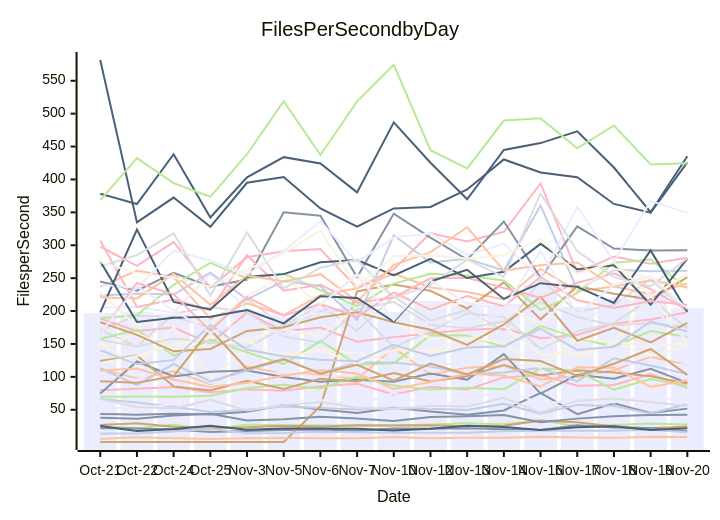
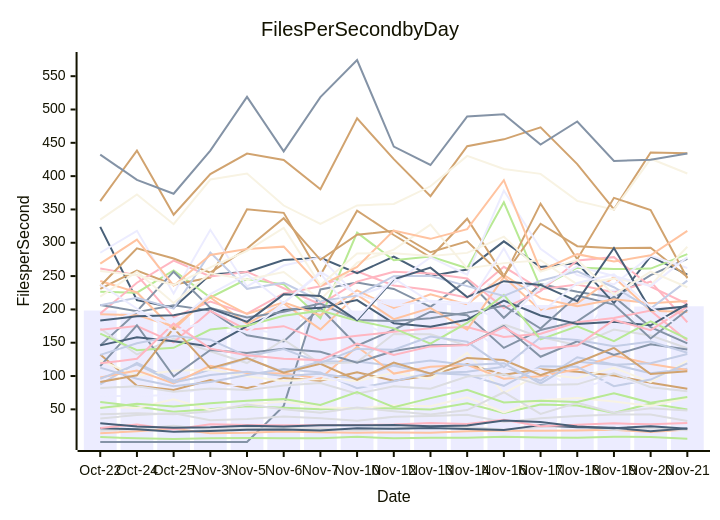
The diagram in perf-report.md (streetsidesoftware/cspell), drawn with Mermaid before and after one commit. The commit also changed other lines of this file and 2 other files, not shown here.

````diff
--- a/perf-report.md
+++ b/perf-report.md
@@ -11,57 +11,57 @@
 ```mermaid
 xychart-beta
     title Files Per Second by Day
     y-axis Files per Second
-    x-axis Date [Oct-21, Oct-22, Oct-24, Oct-25, Nov-3, Nov-5, Nov-6, Nov-7, Nov-10, Nov-12, Nov-13, Nov-14, Nov-16, Nov-17, Nov-18, Nov-19, Nov-20]
-    bar [196.79, 198.31, 195.08, 188.50, 197.53, 191.30, 204.37, 213.67, 198.26, 215.23, 208.25, 210.82, 238.97, 206.65, 217.84, 229.81, 204.28]
-    line [43.54, 42.59, 43.99, 42.66, 46.86, 57.12, 50.26, 44.96, 52.89, 47.17, 42.40, 48.87, 75.68, 43.23, 59.94, 45.01, 51.72]
-    line [112.31, 97.68, 108.35, 88.82, 115.43, 104.61, 103.62, 96.31, 144.08, 103.66, 113.77, 116.66, 96.10, 99.72, 110.04, 130.67, 118.22]
-    line [171.10, 192.78, 191.37, 174.29, 217.96, 178.42, 209.10, 170.02, 221.91, 185.33, 201.98, 169.69, 248.53, 198.86, 209.17, 248.49, 197.83]
-    line [25.33, 21.92, 27.33, 19.75, 27.62, 26.37, 26.13, 26.22, 26.38, 27.41, 29.67, 28.01, 34.46, 24.62, 26.88, 29.05, 27.58]
-    line [26.96, 29.32, 24.14, 22.37, 23.30, 25.53, 24.38, 26.29, 26.08, 26.42, 24.81, 25.86, 33.28, 31.19, 24.38, 21.77, 24.56]
-    line [66.25, 61.14, 54.40, 46.46, 50.11, 54.79, 52.56, 50.32, 52.20, 51.35, 49.71, 59.15, 44.39, 57.39, 55.71, 44.49, 58.88]
-    line [188.53, 169.56, 175.04, 150.51, 197.71, 169.15, 174.81, 153.55, 160.37, 166.32, 171.57, 173.57, 158.65, 163.60, 180.83, 187.20, 198.17]
-    line [378.31, 362.57, 438.35, 342.13, 403.12, 433.88, 424.28, 380.40, 486.76, 425.45, 369.94, 444.86, 455.23, 473.19, 418.11, 350.16, 435.36]
-    line [152.34, 114.90, 176.25, 99.39, 139.03, 134.52, 140.79, 136.42, 120.17, 137.59, 146.37, 146.54, 175.32, 128.97, 152.20, 131.62, 147.72]
-    line [99.95, 95.97, 117.43, 90.38, 101.68, 106.46, 99.98, 103.28, 96.07, 116.03, 123.18, 116.39, 119.25, 88.82, 121.42, 116.77, 119.13]
-    line [22.03, 21.51, 20.05, 16.33, 17.58, 19.22, 19.85, 18.09, 21.66, 21.06, 21.89, 20.40, 19.08, 26.32, 22.99, 22.31, 17.30]
-    line [236.87, 261.40, 251.33, 188.47, 211.71, 193.66, 223.97, 234.72, 257.12, 235.87, 229.04, 217.57, 263.96, 230.17, 237.48, 225.46, 241.65]
-    line [171.90, 145.85, 195.93, 206.22, 198.17, 161.08, 151.81, 202.09, 145.44, 169.46, 196.60, 191.20, 142.18, 169.19, 181.94, 218.95, 173.37]
-    line [158.05, 171.36, 132.38, 156.15, 137.28, 119.47, 154.44, 118.56, 120.82, 163.18, 162.73, 145.60, 177.40, 158.43, 146.21, 169.65, 160.77]
-    line [1.00, 1.00, 1.00, 1.00, 1.00, 1.00, 55.24, 229.88, 240.51, 230.78, 203.89, 243.63, 187.42, 237.86, 226.45, 217.28, 251.44]
-    line [13.85, 14.03, 17.10, 21.05, 14.31, 14.75, 16.57, 15.81, 15.06, 15.24, 15.00, 17.22, 18.21, 17.91, 18.25, 19.44, 15.85]
-    line [79.60, 82.04, 84.51, 76.34, 81.22, 78.86, 85.82, 89.51, 73.32, 84.82, 80.81, 99.19, 102.74, 86.40, 87.53, 104.19, 83.22]
-    line [25.32, 17.74, 20.58, 25.51, 19.46, 21.60, 21.45, 21.30, 18.35, 21.09, 25.51, 23.62, 19.35, 23.58, 25.01, 19.06, 21.71]
-    line [141.81, 166.38, 141.94, 145.19, 156.42, 171.45, 162.38, 206.93, 182.01, 158.84, 156.97, 177.01, 134.15, 134.60, 150.67, 224.37, 150.96]
-    line [53.54, 51.87, 58.31, 54.40, 59.05, 63.00, 65.34, 56.44, 75.90, 53.22, 66.88, 79.34, 60.36, 62.89, 61.13, 74.10, 59.99]
-    line [74.73, 123.30, 100.60, 107.93, 109.66, 99.65, 92.58, 95.73, 92.52, 104.99, 95.65, 134.65, 74.54, 103.19, 97.14, 112.35, 90.90]
-    line [5.55, 8.36, 6.66, 5.63, 6.55, 6.95, 6.80, 6.70, 8.74, 6.68, 7.36, 7.28, 8.89, 7.86, 7.37, 8.95, 8.51]
-    line [156.27, 146.04, 158.31, 152.20, 144.51, 175.00, 199.16, 202.30, 213.91, 179.15, 174.06, 184.56, 213.36, 190.95, 178.24, 181.48, 176.13]
-    line [69.61, 70.25, 69.88, 71.42, 83.10, 87.87, 82.40, 100.31, 86.94, 80.60, 83.49, 81.08, 112.95, 109.00, 80.57, 96.66, 86.29]
-    line [123.93, 132.34, 85.53, 79.17, 93.87, 81.75, 97.21, 92.97, 105.80, 92.86, 100.80, 118.00, 101.99, 110.02, 106.56, 100.86, 89.90]
-    line [113.06, 87.44, 119.66, 93.04, 109.58, 126.12, 106.10, 121.67, 121.71, 115.58, 104.23, 106.50, 113.74, 93.16, 128.26, 117.29, 104.16]
-    line [297.94, 268.60, 304.78, 235.63, 281.78, 290.77, 294.19, 235.16, 263.73, 318.29, 305.89, 320.49, 393.89, 258.23, 282.90, 271.83, 281.13]
-    line [581.53, 334.74, 372.46, 327.93, 394.96, 403.82, 355.89, 328.31, 356.02, 358.21, 384.78, 430.42, 410.61, 403.44, 362.79, 349.62, 425.99]
-    line [121.08, 131.79, 149.18, 160.21, 154.52, 129.77, 140.65, 119.71, 140.68, 139.42, 159.42, 151.36, 113.27, 158.34, 153.96, 144.89, 151.69]
-    line [204.92, 206.57, 197.43, 256.60, 202.25, 187.81, 196.52, 208.74, 184.16, 182.55, 186.64, 195.17, 205.52, 171.16, 220.75, 207.26, 156.32]
-    line [245.01, 230.93, 258.25, 236.94, 247.84, 350.22, 344.89, 251.52, 348.16, 311.63, 278.27, 336.11, 250.48, 328.56, 294.90, 291.94, 292.58]
-    line [109.59, 112.56, 95.92, 84.60, 91.01, 101.64, 110.52, 105.15, 81.62, 92.24, 104.72, 102.11, 85.32, 114.70, 113.79, 84.79, 94.70]
-    line [66.13, 54.31, 52.03, 65.25, 49.02, 56.78, 61.66, 53.00, 51.36, 56.25, 54.79, 68.17, 45.48, 63.62, 67.01, 61.66, 55.18]
-    line [189.13, 193.68, 239.98, 273.35, 249.43, 256.58, 231.73, 207.54, 241.66, 256.57, 253.87, 246.51, 201.92, 227.28, 273.31, 278.44, 234.26]
-    line [182.97, 163.77, 138.75, 142.39, 169.82, 175.50, 190.52, 198.14, 183.09, 171.50, 148.66, 179.60, 221.70, 154.91, 174.70, 152.47, 182.03]
-    line [223.48, 226.53, 225.12, 258.41, 217.89, 245.63, 237.62, 186.76, 315.24, 273.68, 279.33, 261.66, 360.61, 232.56, 262.68, 260.50, 261.27]
-    line [307.28, 206.33, 217.49, 201.10, 285.18, 230.89, 239.86, 212.69, 220.64, 249.81, 250.50, 234.95, 220.08, 243.07, 257.31, 233.28, 201.28]
-    line [197.92, 323.88, 213.93, 202.52, 252.23, 256.11, 274.23, 277.54, 254.29, 279.19, 250.20, 259.75, 302.13, 263.51, 269.60, 209.51, 279.56]
-    line [229.37, 176.10, 196.37, 177.90, 223.12, 252.36, 209.33, 256.35, 222.55, 205.03, 213.07, 209.57, 179.17, 233.46, 264.64, 250.26, 235.07]
-    line [239.93, 235.04, 291.68, 276.40, 255.29, 291.36, 336.81, 274.44, 312.01, 318.04, 285.73, 302.25, 248.86, 358.68, 275.32, 367.42, 349.18]
-    line [37.81, 36.24, 41.43, 44.03, 33.69, 35.67, 39.33, 36.78, 32.79, 39.05, 40.14, 41.86, 31.03, 36.52, 40.13, 42.13, 42.40]
-    line [220.88, 219.16, 256.62, 209.53, 254.06, 244.83, 256.05, 214.61, 270.08, 289.61, 327.30, 261.54, 269.45, 273.83, 237.58, 246.50, 236.20]
-    line [267.67, 285.04, 317.95, 223.78, 319.42, 234.42, 265.85, 278.09, 219.92, 239.43, 278.17, 251.99, 378.34, 291.11, 251.52, 237.49, 280.27]
-    line [368.45, 432.30, 394.44, 373.62, 438.31, 518.91, 437.11, 518.64, 574.29, 444.36, 416.74, 489.48, 492.83, 447.31, 482.01, 422.75, 424.60]
-    line [93.34, 91.16, 101.08, 171.93, 111.86, 126.91, 104.86, 118.31, 94.15, 120.34, 103.60, 127.14, 124.11, 101.43, 119.96, 142.34, 103.04]
-    line [140.68, 119.01, 125.81, 178.69, 141.07, 131.24, 125.88, 123.88, 148.80, 131.70, 144.48, 146.46, 173.42, 140.77, 145.68, 184.15, 168.82]
-    line [165.39, 242.72, 225.43, 169.80, 221.29, 193.06, 210.68, 191.30, 228.42, 202.21, 222.67, 207.51, 251.74, 216.50, 204.65, 215.27, 209.30]
-    line [275.35, 183.43, 189.64, 191.38, 201.59, 181.36, 222.61, 220.01, 183.65, 245.06, 262.64, 218.43, 242.38, 236.75, 212.37, 292.14, 199.00]
-    line [274.64, 257.62, 251.09, 236.85, 262.94, 287.92, 322.31, 236.45, 283.86, 284.35, 279.96, 284.82, 309.10, 256.69, 274.41, 222.36, 256.68]
-    line [165.66, 237.49, 201.27, 167.00, 183.56, 164.82, 210.07, 254.11, 186.18, 246.80, 210.80, 204.64, 291.50, 194.63, 239.67, 252.69, 203.66]
+    x-axis Date [Oct-22, Oct-24, Oct-25, Nov-3, Nov-5, Nov-6, Nov-7, Nov-10, Nov-12, Nov-13, Nov-14, Nov-16, Nov-17, Nov-18, Nov-19, Nov-20, Nov-21]
+    bar [198.31, 195.08, 188.50, 197.53, 191.30, 204.37, 213.67, 198.26, 215.23, 208.25, 210.82, 238.97, 206.65, 217.84, 229.81, 204.28, 204.72]
+    line [1.00, 1.00, 1.00, 1.00, 1.00, 55.24, 229.88, 240.51, 230.78, 203.89, 243.63, 187.42, 237.86, 226.45, 217.28, 251.44, 276.01]
+    line [14.03, 17.10, 21.05, 14.31, 14.75, 16.57, 15.81, 15.06, 15.24, 15.00, 17.22, 18.21, 17.91, 18.25, 19.44, 15.85, 19.63]
+    line [17.74, 20.58, 25.51, 19.46, 21.60, 21.45, 21.30, 18.35, 21.09, 25.51, 23.62, 19.35, 23.58, 25.01, 19.06, 21.71, 18.60]
+    line [61.14, 54.40, 46.46, 50.11, 54.79, 52.56, 50.32, 52.20, 51.35, 49.71, 59.15, 44.39, 57.39, 55.71, 44.49, 58.88, 49.62]
+    line [132.34, 85.53, 79.17, 93.87, 81.75, 97.21, 92.97, 105.80, 92.86, 100.80, 118.00, 101.99, 110.02, 106.56, 100.86, 89.90, 80.84]
+    line [87.44, 119.66, 93.04, 109.58, 126.12, 106.10, 121.67, 121.71, 115.58, 104.23, 106.50, 113.74, 93.16, 128.26, 117.29, 104.16, 110.80]
+    line [261.40, 251.33, 188.47, 211.71, 193.66, 223.97, 234.72, 257.12, 235.87, 229.04, 217.57, 263.96, 230.17, 237.48, 225.46, 241.65, 180.78]
+    line [21.51, 20.05, 16.33, 17.58, 19.22, 19.85, 18.09, 21.66, 21.06, 21.89, 20.40, 19.08, 26.32, 22.99, 22.31, 17.30, 21.45]
+    line [123.30, 100.60, 107.93, 109.66, 99.65, 92.58, 95.73, 92.52, 104.99, 95.65, 134.65, 74.54, 103.19, 97.14, 112.35, 90.90, 123.07]
+    line [166.38, 141.94, 145.19, 156.42, 171.45, 162.38, 206.93, 182.01, 158.84, 156.97, 177.01, 134.15, 134.60, 150.67, 224.37, 150.96, 174.91]
+    line [145.85, 195.93, 206.22, 198.17, 161.08, 151.81, 202.09, 145.44, 169.46, 196.60, 191.20, 142.18, 169.19, 181.94, 218.95, 173.37, 148.92]
+    line [97.68, 108.35, 88.82, 115.43, 104.61, 103.62, 96.31, 144.08, 103.66, 113.77, 116.66, 96.10, 99.72, 110.04, 130.67, 118.22, 109.21]
+    line [171.36, 132.38, 156.15, 137.28, 119.47, 154.44, 118.56, 120.82, 163.18, 162.73, 145.60, 177.40, 158.43, 146.21, 169.65, 160.77, 141.62]
+    line [8.36, 6.66, 5.63, 6.55, 6.95, 6.80, 6.70, 8.74, 6.68, 7.36, 7.28, 8.89, 7.86, 7.37, 8.95, 8.51, 5.96]
+    line [362.57, 438.35, 342.13, 403.12, 433.88, 424.28, 380.40, 486.76, 425.45, 369.94, 444.86, 455.23, 473.19, 418.11, 350.16, 435.36, 434.19]
+    line [112.56, 95.92, 84.60, 91.01, 101.64, 110.52, 105.15, 81.62, 92.24, 104.72, 102.11, 85.32, 114.70, 113.79, 84.79, 94.70, 119.03]
+    line [169.56, 175.04, 150.51, 197.71, 169.15, 174.81, 153.55, 160.37, 166.32, 171.57, 173.57, 158.65, 163.60, 180.83, 187.20, 198.17, 153.08]
+    line [323.88, 213.93, 202.52, 252.23, 256.11, 274.23, 277.54, 254.29, 279.19, 250.20, 259.75, 302.13, 263.51, 269.60, 209.51, 279.56, 252.28]
+    line [54.31, 52.03, 65.25, 49.02, 56.78, 61.66, 53.00, 51.36, 56.25, 54.79, 68.17, 45.48, 63.62, 67.01, 61.66, 55.18, 66.89]
+    line [70.25, 69.88, 71.42, 83.10, 87.87, 82.40, 100.31, 86.94, 80.60, 83.49, 81.08, 112.95, 109.00, 80.57, 96.66, 86.29, 73.57]
+    line [114.90, 176.25, 99.39, 139.03, 134.52, 140.79, 136.42, 120.17, 137.59, 146.37, 146.54, 175.32, 128.97, 152.20, 131.62, 147.72, 139.79]
+    line [192.78, 191.37, 174.29, 217.96, 178.42, 209.10, 170.02, 221.91, 185.33, 201.98, 169.69, 248.53, 198.86, 209.17, 248.49, 197.83, 196.05]
+    line [42.59, 43.99, 42.66, 46.86, 57.12, 50.26, 44.96, 52.89, 47.17, 42.40, 48.87, 75.68, 43.23, 59.94, 45.01, 51.72, 48.28]
+    line [226.53, 225.12, 258.41, 217.89, 245.63, 237.62, 186.76, 315.24, 273.68, 279.33, 261.66, 360.61, 232.56, 262.68, 260.50, 261.27, 283.01]
+    line [230.93, 258.25, 236.94, 247.84, 350.22, 344.89, 251.52, 348.16, 311.63, 278.27, 336.11, 250.48, 328.56, 294.90, 291.94, 292.58, 248.71]
+    line [95.97, 117.43, 90.38, 101.68, 106.46, 99.98, 103.28, 96.07, 116.03, 123.18, 116.39, 119.25, 88.82, 121.42, 116.77, 119.13, 133.04]
+    line [193.68, 239.98, 273.35, 249.43, 256.58, 231.73, 207.54, 241.66, 256.57, 253.87, 246.51, 201.92, 227.28, 273.31, 278.44, 234.26, 208.12]
+    line [146.04, 158.31, 152.20, 144.51, 175.00, 199.16, 202.30, 213.91, 179.15, 174.06, 184.56, 213.36, 190.95, 178.24, 181.48, 176.13, 207.99]
+    line [334.74, 372.46, 327.93, 394.96, 403.82, 355.89, 328.31, 356.02, 358.21, 384.78, 430.42, 410.61, 403.44, 362.79, 349.62, 425.99, 404.00]
+    line [285.04, 317.95, 223.78, 319.42, 234.42, 265.85, 278.09, 219.92, 239.43, 278.17, 251.99, 378.34, 291.11, 251.52, 237.49, 280.27, 262.12]
+    line [206.57, 197.43, 256.60, 202.25, 187.81, 196.52, 208.74, 184.16, 182.55, 186.64, 195.17, 205.52, 171.16, 220.75, 207.26, 156.32, 199.17]
+    line [242.72, 225.43, 169.80, 221.29, 193.06, 210.68, 191.30, 228.42, 202.21, 222.67, 207.51, 251.74, 216.50, 204.65, 215.27, 209.30, 212.61]
+    line [36.24, 41.43, 44.03, 33.69, 35.67, 39.33, 36.78, 32.79, 39.05, 40.14, 41.86, 31.03, 36.52, 40.13, 42.13, 42.40, 32.38]
+    line [163.77, 138.75, 142.39, 169.82, 175.50, 190.52, 198.14, 183.09, 171.50, 148.66, 179.60, 221.70, 154.91, 174.70, 152.47, 182.03, 155.80]
+    line [235.04, 291.68, 276.40, 255.29, 291.36, 336.81, 274.44, 312.01, 318.04, 285.73, 302.25, 248.86, 358.68, 275.32, 367.42, 349.18, 246.71]
+    line [206.33, 217.49, 201.10, 285.18, 230.89, 239.86, 212.69, 220.64, 249.81, 250.50, 234.95, 220.08, 243.07, 257.31, 233.28, 201.28, 243.15]
+    line [21.92, 27.33, 19.75, 27.62, 26.37, 26.13, 26.22, 26.38, 27.41, 29.67, 28.01, 34.46, 24.62, 26.88, 29.05, 27.58, 29.46]
+    line [29.32, 24.14, 22.37, 23.30, 25.53, 24.38, 26.29, 26.08, 26.42, 24.81, 25.86, 33.28, 31.19, 24.38, 21.77, 24.56, 20.83]
+    line [219.16, 256.62, 209.53, 254.06, 244.83, 256.05, 214.61, 270.08, 289.61, 327.30, 261.54, 269.45, 273.83, 237.58, 246.50, 236.20, 294.11]
+    line [176.10, 196.37, 177.90, 223.12, 252.36, 209.33, 256.35, 222.55, 205.03, 213.07, 209.57, 179.17, 233.46, 264.64, 250.26, 235.07, 278.49]
+    line [432.30, 394.44, 373.62, 438.31, 518.91, 437.11, 518.64, 574.29, 444.36, 416.74, 489.48, 492.83, 447.31, 482.01, 422.75, 424.60, 433.90]
+    line [268.60, 304.78, 235.63, 281.78, 290.77, 294.19, 235.16, 263.73, 318.29, 305.89, 320.49, 393.89, 258.23, 282.90, 271.83, 281.13, 317.78]
+    line [82.04, 84.51, 76.34, 81.22, 78.86, 85.82, 89.51, 73.32, 84.82, 80.81, 99.19, 102.74, 86.40, 87.53, 104.19, 83.22, 77.11]
+    line [51.87, 58.31, 54.40, 59.05, 63.00, 65.34, 56.44, 75.90, 53.22, 66.88, 79.34, 60.36, 62.89, 61.13, 74.10, 59.99, 68.53]
+    line [91.16, 101.08, 171.93, 111.86, 126.91, 104.86, 118.31, 94.15, 120.34, 103.60, 127.14, 124.11, 101.43, 119.96, 142.34, 103.04, 107.23]
+    line [131.79, 149.18, 160.21, 154.52, 129.77, 140.65, 119.71, 140.68, 139.42, 159.42, 151.36, 113.27, 158.34, 153.96, 144.89, 151.69, 135.05]
+    line [119.01, 125.81, 178.69, 141.07, 131.24, 125.88, 123.88, 148.80, 131.70, 144.48, 146.46, 173.42, 140.77, 145.68, 184.15, 168.82, 204.20]
+    line [183.43, 189.64, 191.38, 201.59, 181.36, 222.61, 220.01, 183.65, 245.06, 262.64, 218.43, 242.38, 236.75, 212.37, 292.14, 199.00, 204.82]
+    line [257.62, 251.09, 236.85, 262.94, 287.92, 322.31, 236.45, 283.86, 284.35, 279.96, 284.82, 309.10, 256.69, 274.41, 222.36, 256.68, 233.31]
+    line [237.49, 201.27, 167.00, 183.56, 164.82, 210.07, 254.11, 186.18, 246.80, 210.80, 204.64, 291.50, 194.63, 239.67, 252.69, 203.66, 166.41]
 ```
````
